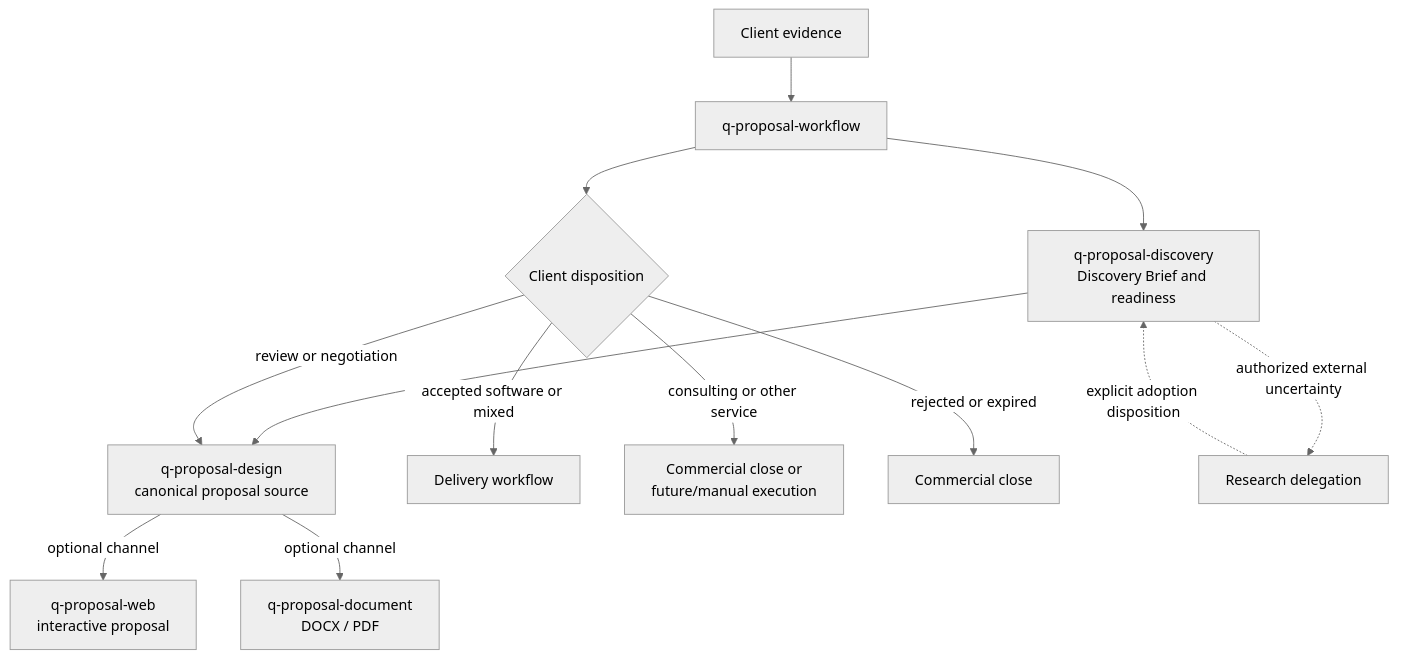
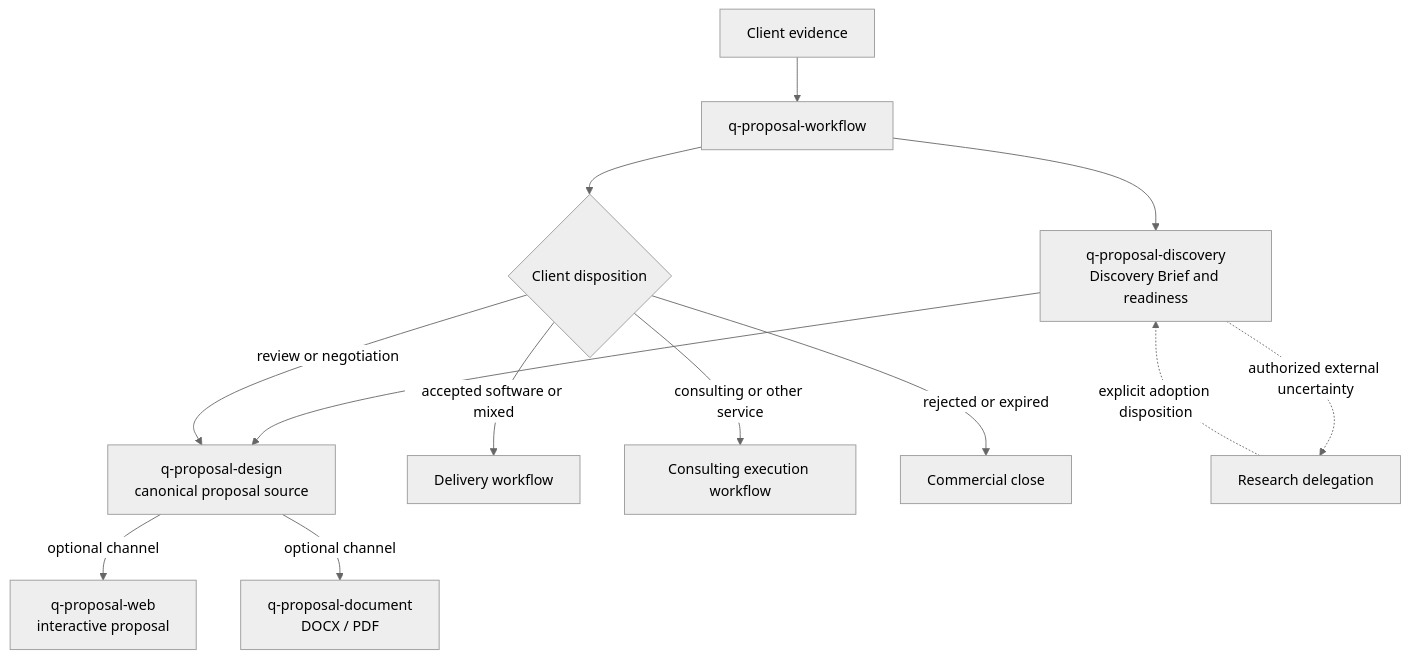
One commit to flaviogragnolati/ai-workflow changed the diagram in skills/proposal/README.md. Above: the diagram before and after it, drawn with Mermaid (neutral theme). The commit also changed other lines of this file and 31 other files, not shown here.

````diff
--- a/skills/proposal/README.md
+++ b/skills/proposal/README.md
@@ -9,15 +9,15 @@
 ```mermaid
 flowchart TB
     E["Client evidence"] --> W["q-proposal-workflow"]
     W --> D1["q-proposal-discovery<br/>Discovery Brief and readiness"]
     D1 --> D2["q-proposal-design<br/>canonical proposal source"]
     D2 -->|"optional channel"| WCH["q-proposal-web<br/>interactive proposal"]
     D2 -->|"optional channel"| DCH["q-proposal-document<br/>DOCX / PDF"]
     W --> G{"Client disposition"}
     G -->|"accepted software or mixed"| DEL["Delivery workflow"]
-    G -->|"consulting or other service"| MAN["Commercial close or<br/>future/manual execution"]
+    G -->|"consulting or other service"| CON["Consulting execution workflow"]
     G -->|"review or negotiation"| D2
     G -->|"rejected or expired"| CLO["Commercial close"]
     D1 -. "authorized external uncertainty" .-> RES["Research delegation"]
     RES -. "explicit adoption disposition" .-> D1
 ```
````
